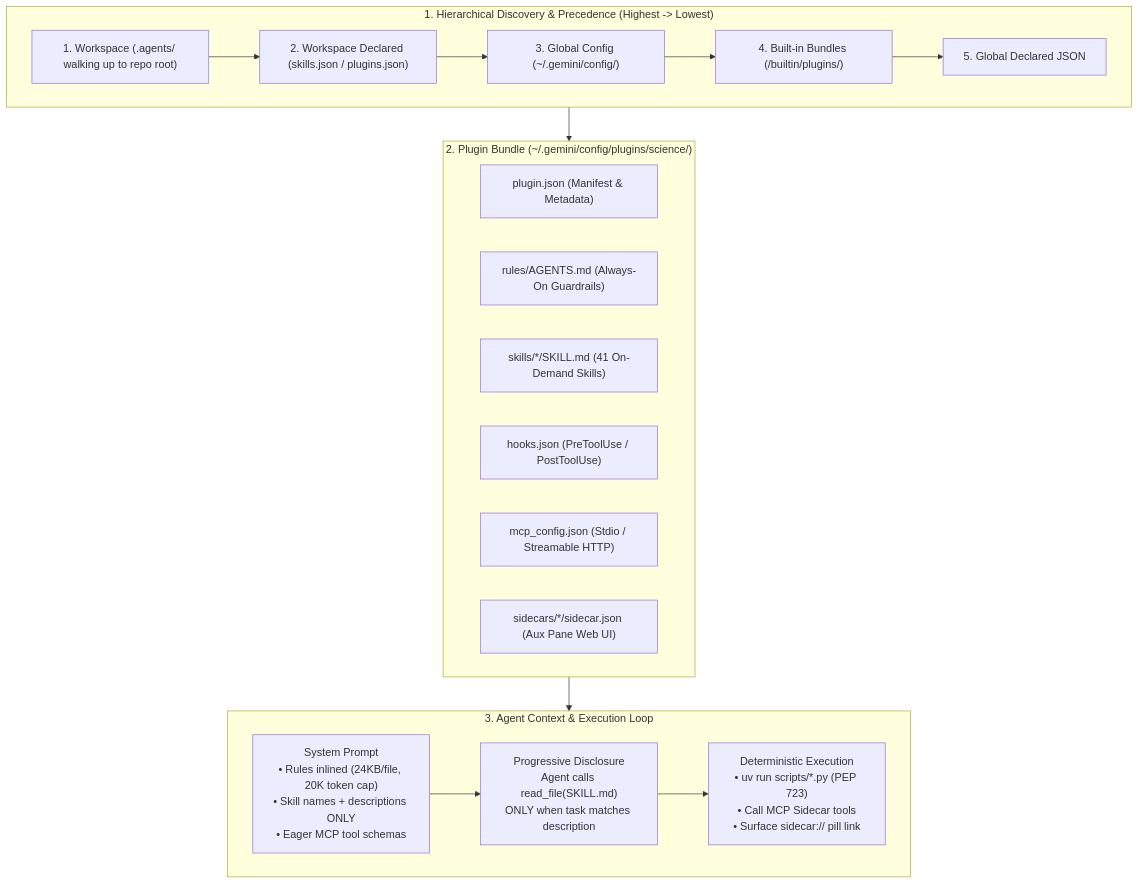
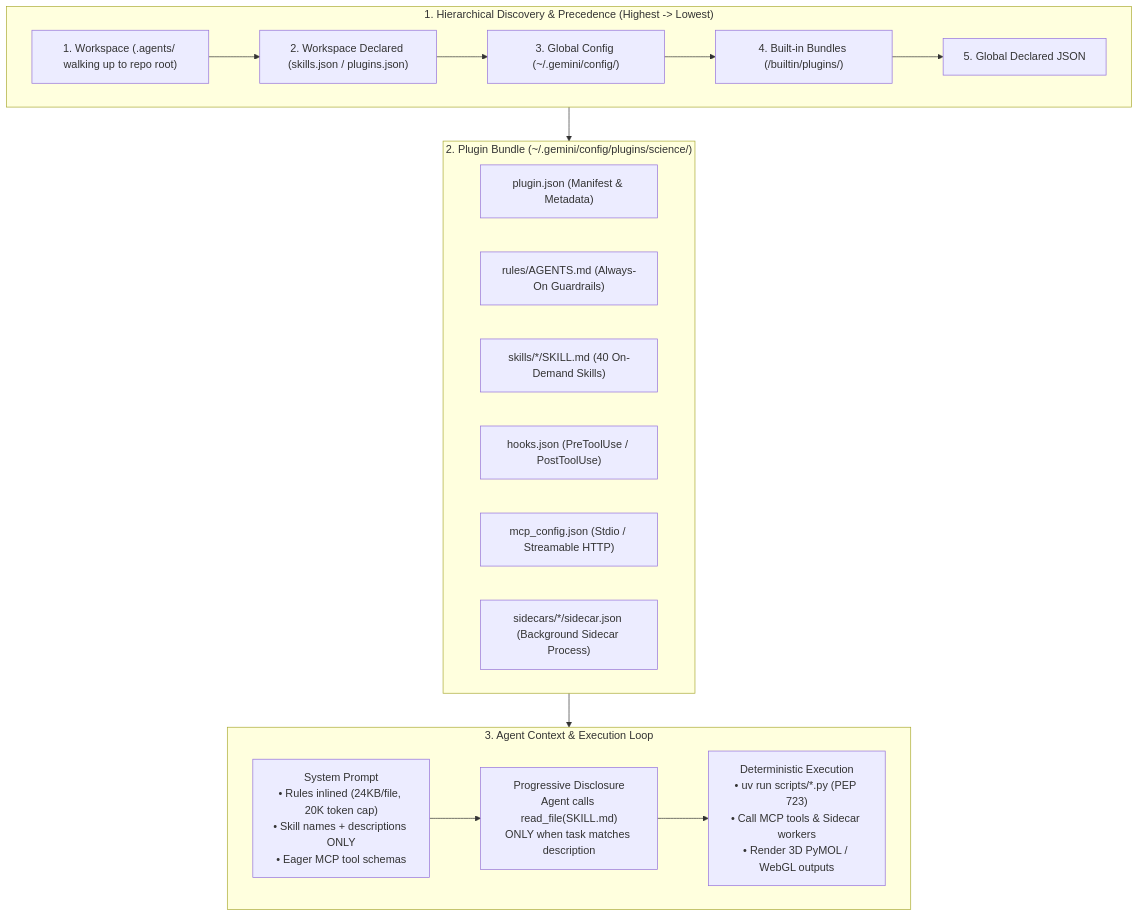
One commit to RobinaMirbahar/antigravity-science-plugin-cookbook changed the first of 2 diagrams in DEVTO_ANTIGRAVITY_SCIENCE_PLUGIN_GUIDE.md. Above: the diagram before and after it, drawn with Mermaid. The commit also changed other lines of this file and 10 other files, not shown here.

````diff
--- a/DEVTO_ANTIGRAVITY_SCIENCE_PLUGIN_GUIDE.md
+++ b/DEVTO_ANTIGRAVITY_SCIENCE_PLUGIN_GUIDE.md
@@ -32,29 +32,29 @@
 ```mermaid
 flowchart TB
     subgraph Discovery["1. Hierarchical Discovery & Precedence (Highest -> Lowest)"]
         P1["1. Workspace (.agents/ walking up to repo root)"]
         P2["2. Workspace Declared (skills.json / plugins.json)"]
         P3["3. Global Config (~/.gemini/config/)"]
         P4["4. Built-in Bundles (/builtin/plugins/)"]
         P5["5. Global Declared JSON"]
         P1 --> P2 --> P3 --> P4 --> P5
     end
 
     subgraph Bundle["2. Plugin Bundle (~/.gemini/config/plugins/science/)"]
         Manifest["plugin.json (Manifest & Metadata)"]
         Rules["rules/AGENTS.md (Always-On Guardrails)"]
-        Skills["skills/*/SKILL.md (41 On-Demand Skills)"]
+        Skills["skills/*/SKILL.md (40 On-Demand Skills)"]
         Hooks["hooks.json (PreToolUse / PostToolUse)"]
         MCP["mcp_config.json (Stdio / Streamable HTTP)"]
-        Sidecar["sidecars/*/sidecar.json (Aux Pane Web UI)"]
+        Sidecar["sidecars/*/sidecar.json (Background Sidecar Process)"]
     end
 
     subgraph Runtime["3. Agent Context & Execution Loop"]
         SysPrompt["System Prompt\n• Rules inlined (24KB/file, 20K token cap)\n• Skill names + descriptions ONLY\n• Eager MCP tool schemas"]
         Activate["Progressive Disclosure\nAgent calls read_file(SKILL.md)\nONLY when task matches description"]
-        Exec["Deterministic Execution\n• uv run scripts/*.py (PEP 723)\n• Call MCP Sidecar tools\n• Surface sidecar:// pill link"]
+        Exec["Deterministic Execution\n• uv run scripts/*.py (PEP 723)\n• Call MCP tools & Sidecar workers\n• Render 3D PyMOL / WebGL outputs"]
         SysPrompt --> Activate --> Exec
     end
 
     Discovery --> Bundle --> Runtime
 ```
````
